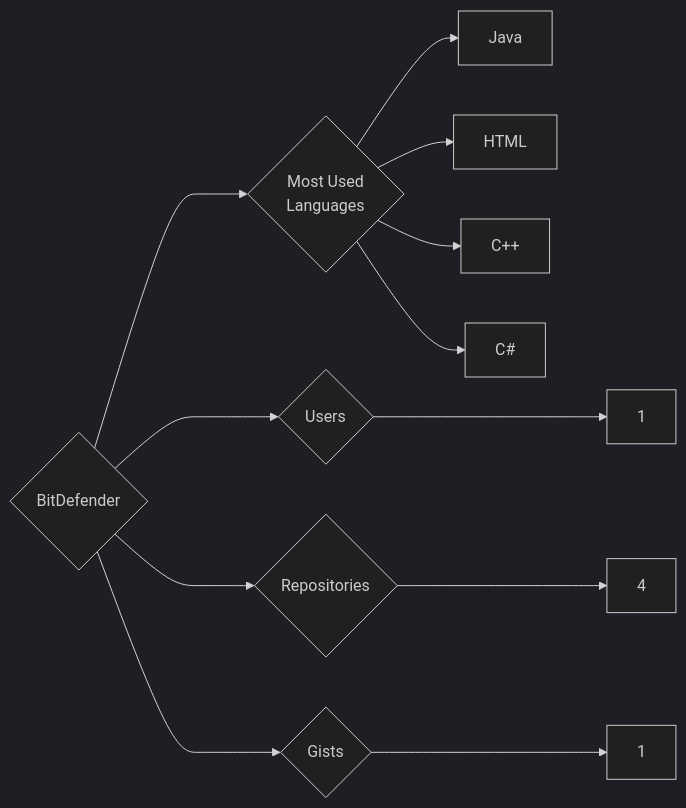
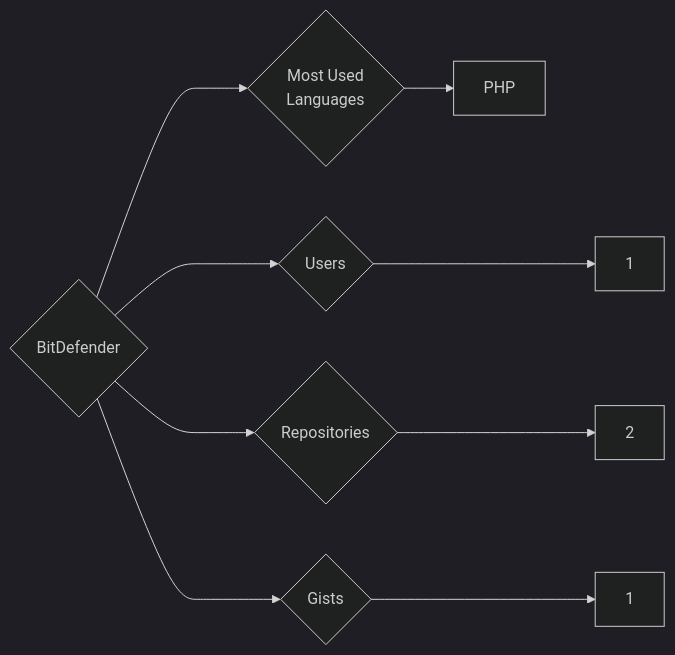
Before and after one commit to trickest/insiders: the diagram in targets/BitDefender/README.md, drawn with Mermaid (dark theme). The commit also changed 882 other files, not shown here.

````diff
--- a/targets/BitDefender/README.md
+++ b/targets/BitDefender/README.md
@@ -3,12 +3,9 @@
 ```mermaid
 graph LR
 COMPANY_NAME{BitDefender}
 COMPANY_NAME ---> U{Users} ---> UN[1]
-COMPANY_NAME ---> R{Repositories} ---> RN[4]
+COMPANY_NAME ---> R{Repositories} ---> RN[2]
 COMPANY_NAME ---> G{Gists} ---> GN[1]
 COMPANY_NAME ---> ML{Most Used<br>Languages}
-ML --> Java[Java]
-ML --> HTML[HTML]
-ML --> C++[C++]
-ML --> C#[C#]
+ML --> PHP[PHP]
 ```
````
